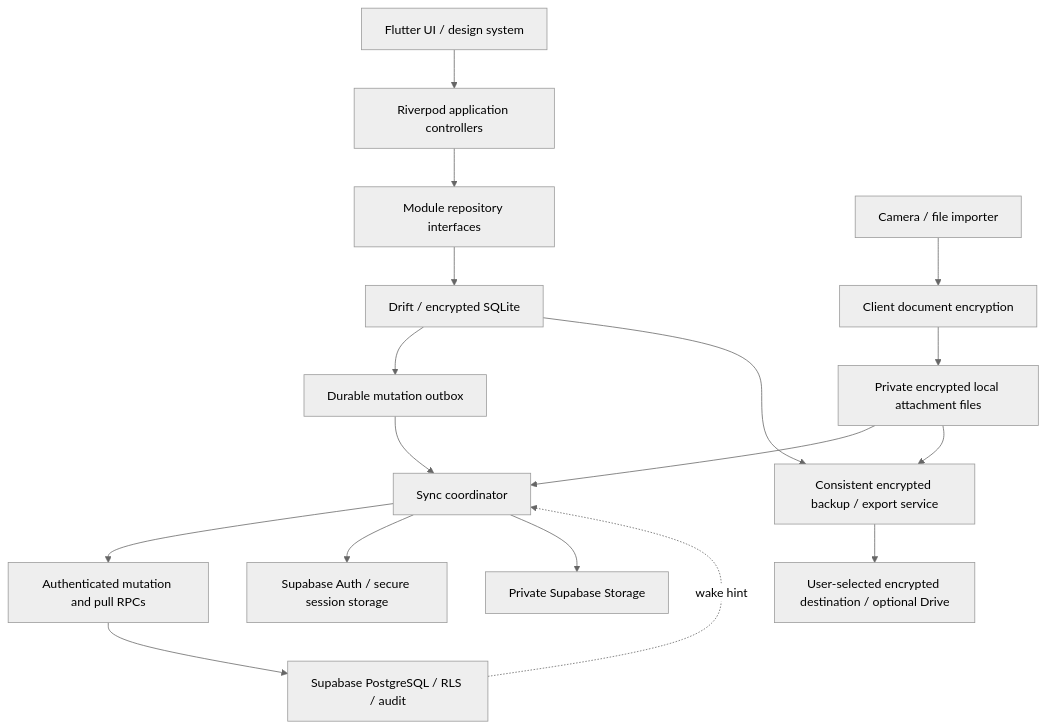
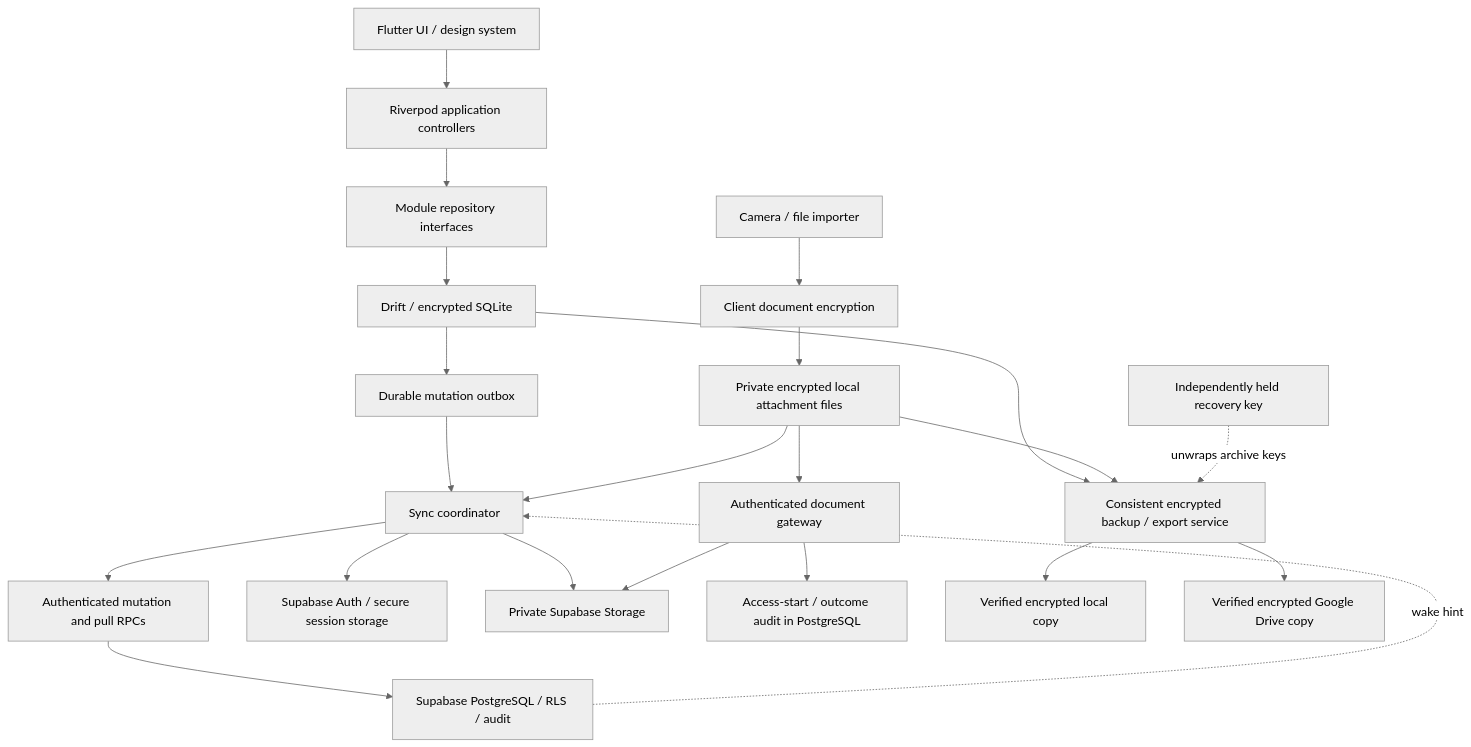
One commit to kaif5haikh/FamilyVault changed the diagram in docs/architecture.md. Above: the diagram before and after it, drawn with Mermaid (neutral theme). The commit also changed other lines of this file and 23 other files, not shown here.

Commit message:
docs: align architecture with confirmed family decisions

````diff
--- a/docs/architecture.md
+++ b/docs/architecture.md
@@ -7,19 +11,24 @@
 ```mermaid
 flowchart TD
   UI[Flutter UI / design system] --> State[Riverpod application controllers]
   State --> Repo[Module repository interfaces]
   Repo --> Local[Drift / encrypted SQLite]
   Local --> Outbox[Durable mutation outbox]
   Outbox --> Sync[Sync coordinator]
   Sync --> RPC[Authenticated mutation and pull RPCs]
   RPC --> PG[Supabase PostgreSQL / RLS / audit]
   Sync --> Auth[Supabase Auth / secure session storage]
   Scan[Camera / file importer] --> Crypto[Client document encryption]
   Crypto --> Files[Private encrypted local attachment files]
   Files --> Sync
   Sync --> Storage[Private Supabase Storage]
+  Files --> Gateway[Authenticated document gateway]
+  Gateway --> Storage
+  Gateway --> Audit[Access-start / outcome audit in PostgreSQL]
   PG -.wake hint.-> Sync
   Local --> Backup[Consistent encrypted backup / export service]
   Files --> Backup
-  Backup --> Destination[User-selected encrypted destination / optional Drive]
+  Backup --> LocalCopy[Verified encrypted local copy]
+  Backup --> DriveCopy[Verified encrypted Google Drive copy]
+  Recovery[Independently held recovery key] -.unwraps archive keys.-> Backup
 ```
````
